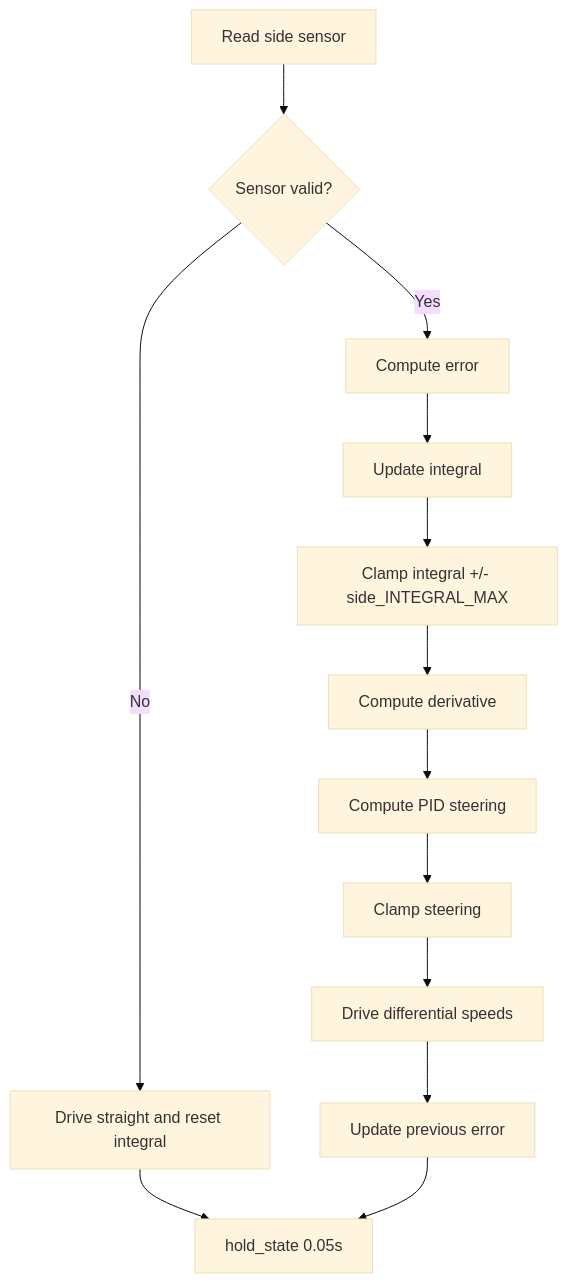
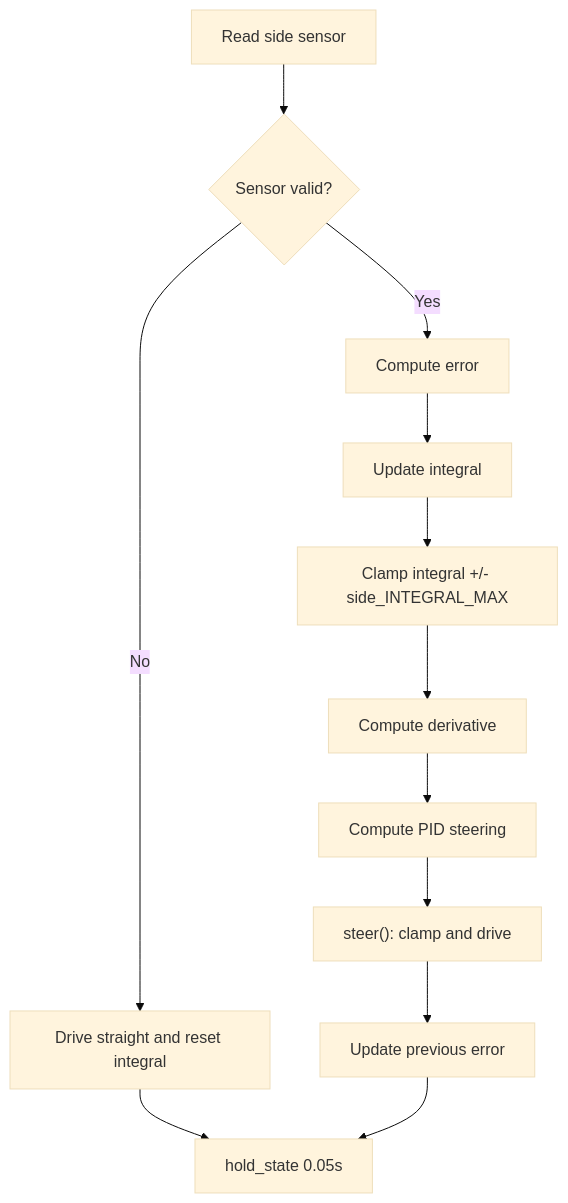
The diagram in docs/Challenge_3.md (TempeHS/RP2040_Competition_Robot), drawn with Mermaid (base theme) before and after one commit. The commit also changed other lines of this file and 22 other files, not shown here.

````diff
--- a/docs/Challenge_3.md
+++ b/docs/Challenge_3.md
@@ -49,15 +49,14 @@
 ```mermaid
 flowchart TD
     A[Read side sensor] --> B{Sensor valid?}
     B -- No --> C[Drive straight and reset integral]
     C --> L[hold_state 0.05s]
     B -- Yes --> D[Compute error]
     D --> E[Update integral]
     E --> F[Clamp integral +/- side_INTEGRAL_MAX]
     F --> G[Compute derivative]
     G --> H[Compute PID steering]
-    H --> I[Clamp steering]
-    I --> J[Drive differential speeds]
-    J --> K[Update previous error]
+    H --> I["steer(): clamp and drive"]
+    I --> K[Update previous error]
     K --> L
 ```
````
